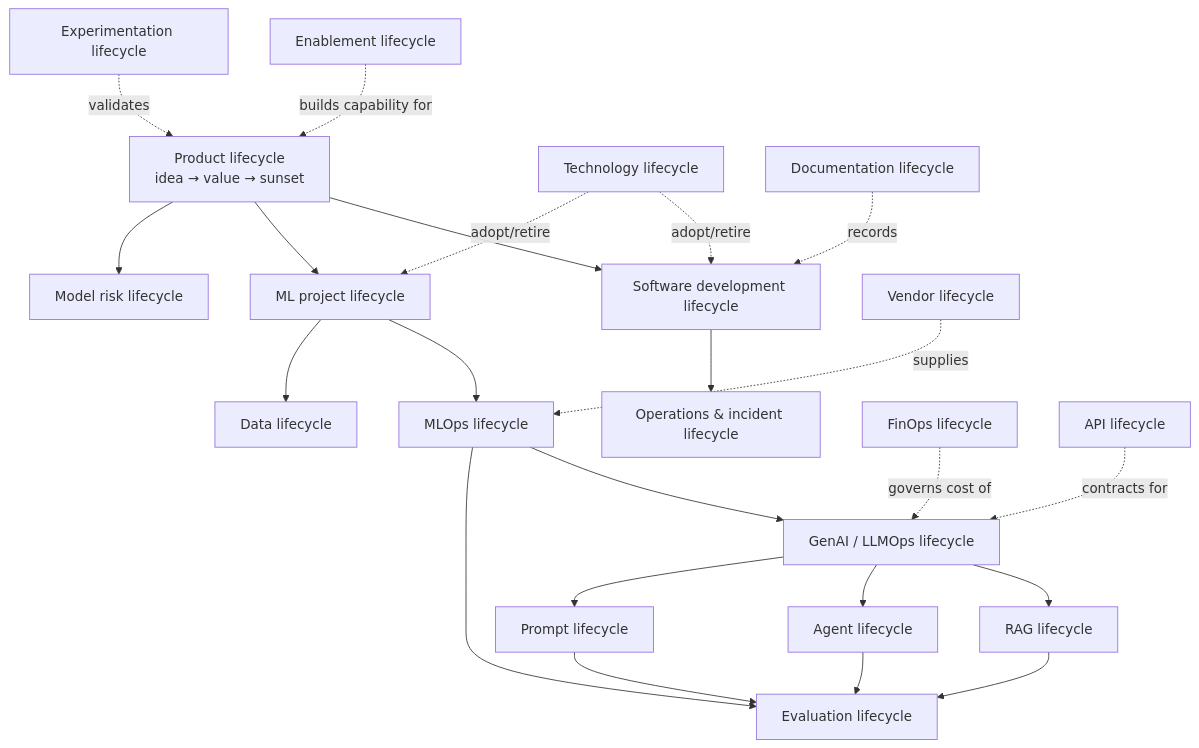
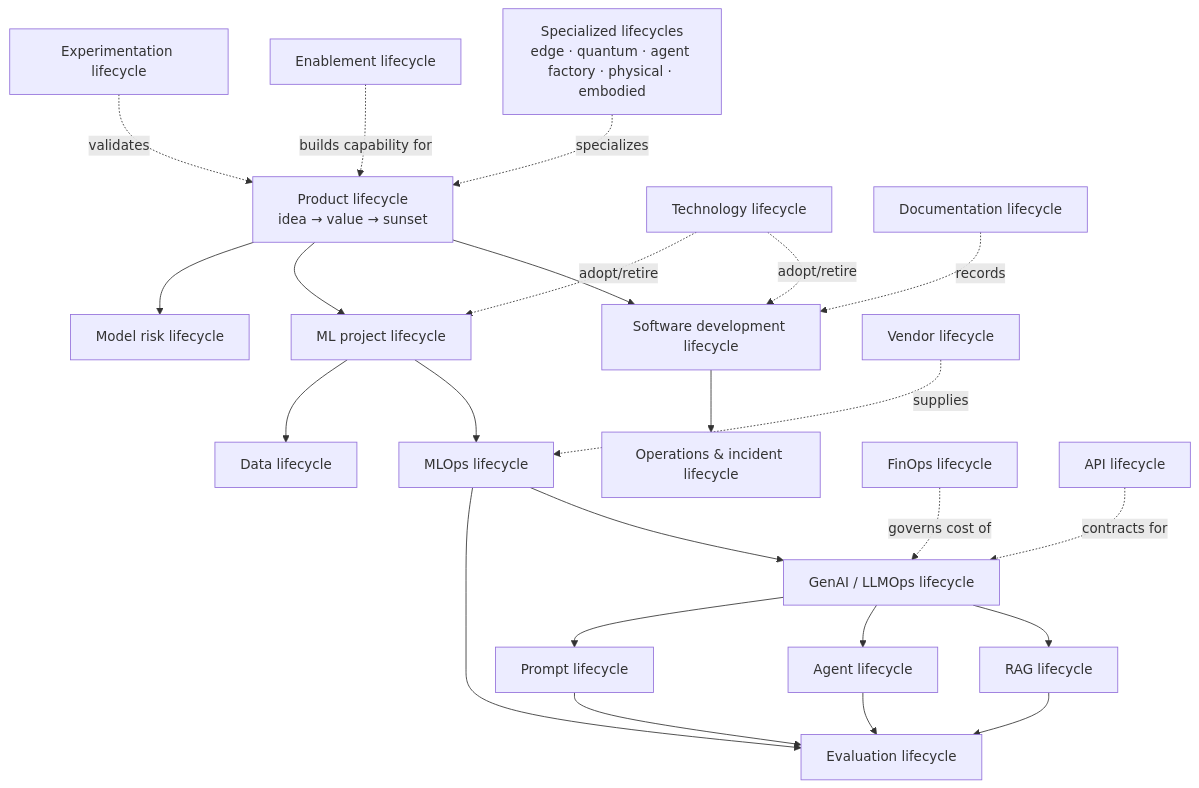
Before and after one commit to MrKyaw/Enterprise-AI-Reference-Architecture: the diagram in lifecycles/README.md, drawn with Mermaid. The commit also changed other lines of this file and 21 other files, not shown here.

````diff
--- a/lifecycles/README.md
+++ b/lifecycles/README.md
@@ -31,26 +50,28 @@
 ```mermaid
 flowchart TB
     P[Product lifecycle<br/>idea → value → sunset]
     P --> S[Software development lifecycle]
     P --> M[ML project lifecycle]
     P --> MR[Model risk lifecycle]
     S --> O[Operations & incident lifecycle]
     M --> MLO[MLOps lifecycle]
     M --> D[Data lifecycle]
     MLO --> GEN[GenAI / LLMOps lifecycle]
     GEN --> R[RAG lifecycle]
     GEN --> A[Agent lifecycle]
     GEN --> PR[Prompt lifecycle]
     R --> E[Evaluation lifecycle]
     A --> E
     PR --> E
     MLO --> E
+    SP[Specialized lifecycles<br/>edge · quantum · agent factory · physical · embodied]
+    SP -.specializes.-> P
     T[Technology lifecycle] -.adopt/retire.-> S
     T -.adopt/retire.-> M
     V[Vendor lifecycle] -.supplies.-> MLO
     F[FinOps lifecycle] -.governs cost of.-> GEN
     EN[Enablement lifecycle] -.builds capability for.-> P
     D2[Documentation lifecycle] -.records.-> S
     A2[API lifecycle] -.contracts for.-> GEN
     X[Experimentation lifecycle] -.validates.-> P
 ```
````
